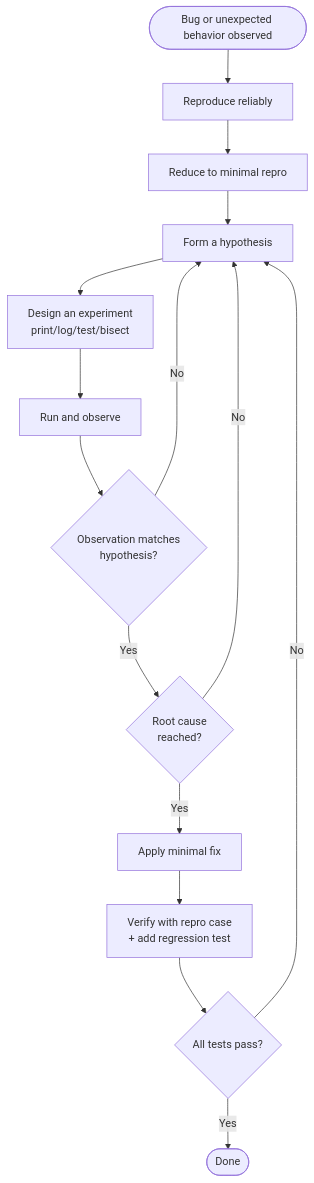
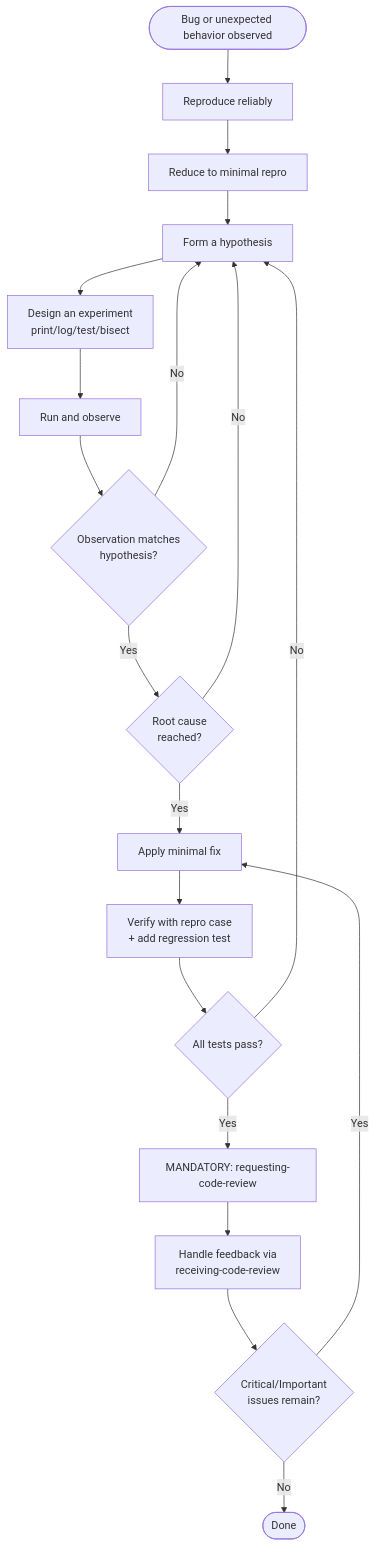
Before and after one commit to wintermaples/spec-coexist: the diagram in .claude/skills/systematic-debugging/SKILL.md, drawn with Mermaid. The commit also changed other lines of this file and 6 other files, not shown here.

First line of the commit message:
Add project-local code-review skills and make review MUST

````diff
--- a/.claude/skills/systematic-debugging/SKILL.md
+++ b/.claude/skills/systematic-debugging/SKILL.md
@@ -28,17 +29,21 @@
 ```mermaid
 flowchart TD
     Start([Bug or unexpected behavior observed]) --> R1[Reproduce reliably]
     R1 --> R2[Reduce to minimal repro]
     R2 --> H[Form a hypothesis]
     H --> P[Design an experiment<br/>print/log/test/bisect]
     P --> O[Run and observe]
     O --> J{Observation matches<br/>hypothesis?}
     J -- No --> H
     J -- Yes --> Root{Root cause<br/>reached?}
     Root -- No --> H
     Root -- Yes --> Fix[Apply minimal fix]
     Fix --> Test[Verify with repro case<br/>+ add regression test]
     Test --> Pass{All tests pass?}
     Pass -- No --> H
-    Pass -- Yes --> End([Done])
+    Pass -- Yes --> Review[MANDATORY: requesting-code-review]
+    Review --> DFeedback[Handle feedback via<br/>receiving-code-review]
+    DFeedback --> DCrit{Critical/Important<br/>issues remain?}
+    DCrit -- Yes --> Fix
+    DCrit -- No --> End([Done])
 ```
````
